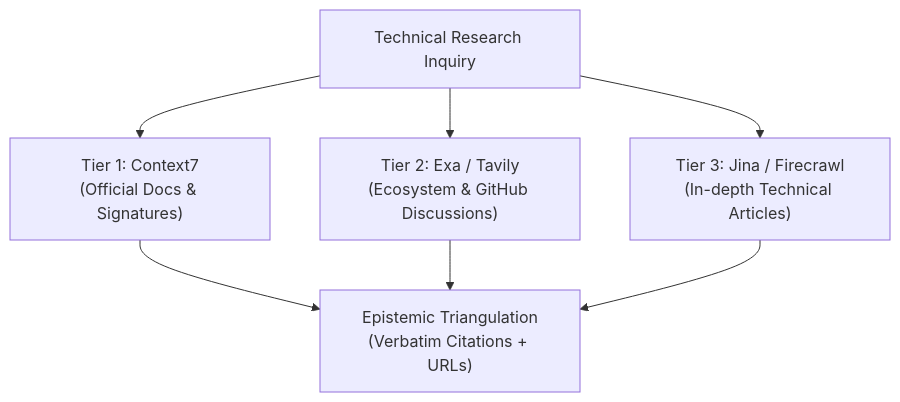
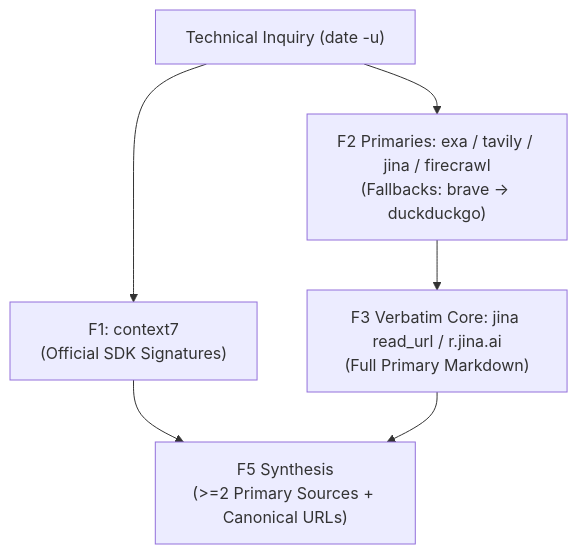
One commit to baiosfera/zerops-astro-skills changed the diagram in meta-research/references/usage.md. Above: the diagram before and after it, drawn with Mermaid. The commit also changed other lines of this file and 9 other files, not shown here.

````diff
--- a/meta-research/references/usage.md
+++ b/meta-research/references/usage.md
@@ -26,9 +20,8 @@
 ```mermaid
 flowchart TD
-    Query["Technical Research Inquiry"] --> E1["Tier 1: Context7<br>(Official Docs & Signatures)"]
-    Query --> E2["Tier 2: Exa / Tavily<br>(Ecosystem & GitHub Discussions)"]
-    Query --> E3["Tier 3: Jina / Firecrawl<br>(In-depth Technical Articles)"]
-    E1 --> Synthesis["Epistemic Triangulation<br>(Verbatim Citations + URLs)"]
-    E2 --> Synthesis
-    E3 --> Synthesis
+    Query["Technical Inquiry (date -u)"] --> F1["F1: context7<br>(Official SDK Signatures)"]
+    Query --> F2["F2 Primaries: exa / tavily / jina / firecrawl<br>(Fallbacks: brave -> duckduckgo)"]
+    F2 --> F3["F3 Verbatim Core: jina read_url / r.jina.ai<br>(Full Primary Markdown)"]
+    F1 --> Sync["F5 Synthesis<br>(>=2 Primary Sources + Canonical URLs)"]
+    F3 --> Sync
 ```
````
